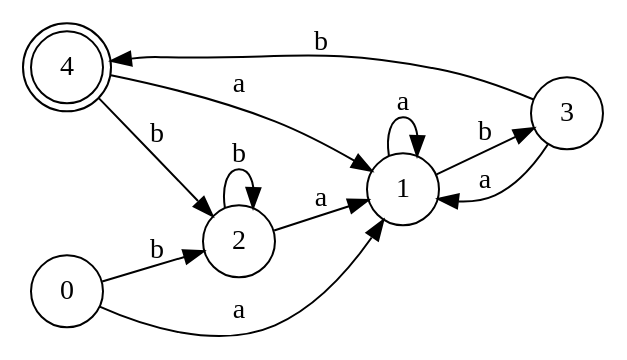
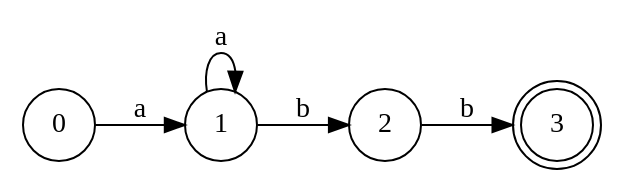
The diagram in afd.gv (paulbelches/scannerAndParserGenerator), drawn with Graphviz before and after one commit. The commit also changed 15 other files, not shown here.

```diff
--- a/afd.gv
+++ b/afd.gv
@@ -1,27 +1,15 @@
 digraph finite_state_machine {
 	rankdir=LR size="8,5"
 	node [shape=doublecircle]
-	4
+	3
 
 	node [shape=circle]
 	0 -> 1 [label=a
 ]
-	0 -> 2 [label=b
-]
 	1 -> 1 [label=a
 ]
-	1 -> 3 [label=b
+	1 -> 2 [label=b
 ]
-	2 -> 1 [label=a
-]
-	2 -> 2 [label=b
-]
-	3 -> 1 [label=a
-]
-	3 -> 4 [label=b
-]
-	4 -> 1 [label=a
-]
-	4 -> 2 [label=b
+	2 -> 3 [label=b
 ]
 }
```
